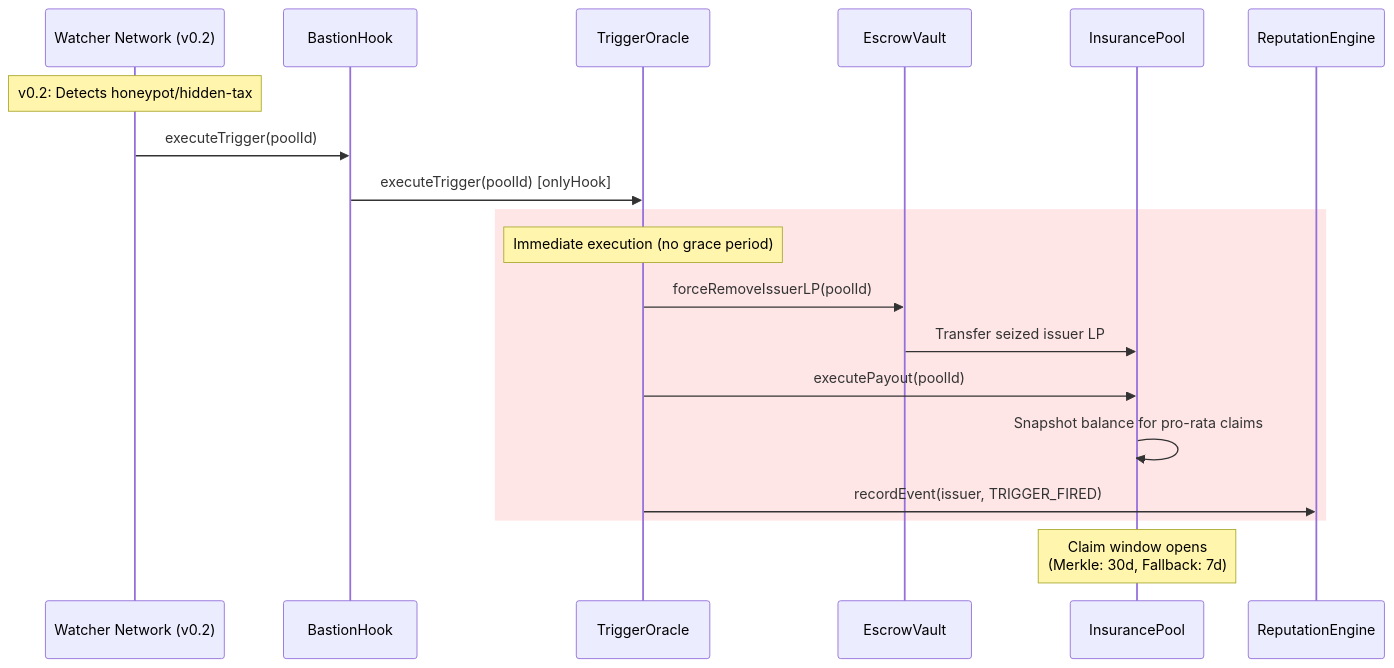
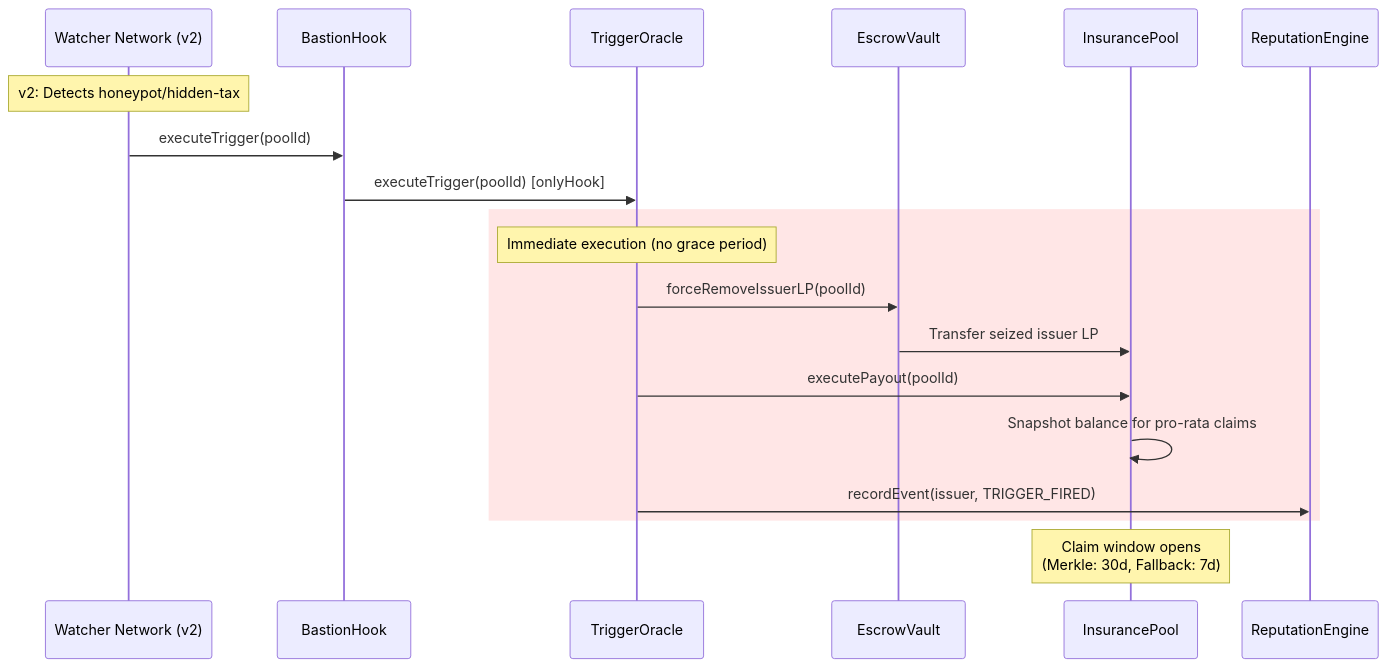
Before and after one commit to bastionswap/bastionswap: the fourth of 6 diagrams in docs/ARCHITECTURE.md, drawn with Mermaid. The commit also changed other lines of this file and 10 other files, not shown here.

````diff
--- a/docs/ARCHITECTURE.md
+++ b/docs/ARCHITECTURE.md
@@ -167,25 +167,25 @@
 ```mermaid
 sequenceDiagram
-    participant Watcher as Watcher Network (v0.2)
+    participant Watcher as Watcher Network (v2)
     participant BastionHook
     participant TriggerOracle
     participant EscrowVault
     participant InsurancePool
     participant ReputationEngine
 
-    Note over Watcher: v0.2: Detects honeypot/hidden-tax
+    Note over Watcher: v2: Detects honeypot/hidden-tax
 
     Watcher->>BastionHook: executeTrigger(poolId)
     BastionHook->>TriggerOracle: executeTrigger(poolId) [onlyHook]
 
     rect rgb(255, 230, 230)
         Note over TriggerOracle: Immediate execution (no grace period)
         TriggerOracle->>EscrowVault: forceRemoveIssuerLP(poolId)
         EscrowVault->>InsurancePool: Transfer seized issuer LP
         TriggerOracle->>InsurancePool: executePayout(poolId)
         InsurancePool->>InsurancePool: Snapshot balance for pro-rata claims
         TriggerOracle->>ReputationEngine: recordEvent(issuer, TRIGGER_FIRED)
     end
 
     Note over InsurancePool: Claim window opens<br/>(Merkle: 30d, Fallback: 7d)
 ```
````
